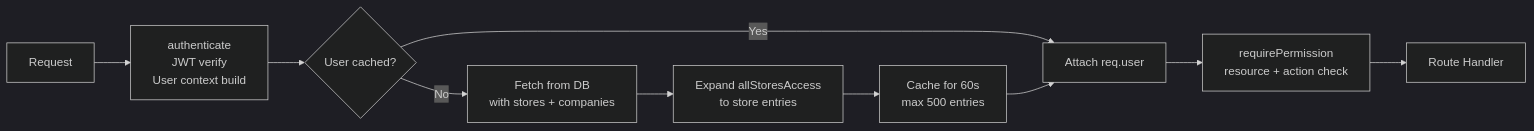
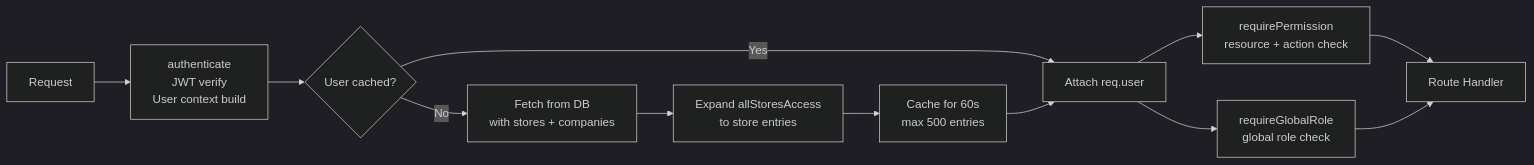
Before and after one commit to AvivElectis/electisSpace: diagram 30 of 30 in docs/ARCHITECTURE_BOOK.md, drawn with Mermaid (dark theme). The commit also changed other lines of this file and 19 other files, not shown here.

First line of the commit message:
refactor: migrate server to structured appLogger, add requireGlobalRole middleware

````diff
--- a/docs/ARCHITECTURE_BOOK.md
+++ b/docs/ARCHITECTURE_BOOK.md
@@ -1281,12 +1323,14 @@
 ```mermaid
 graph LR
     REQ[Request] --> AUTH[authenticate<br/>JWT verify<br/>User context build]
     AUTH --> CACHE{User cached?}
     CACHE -->|Yes| ATTACH[Attach req.user]
     CACHE -->|No| DBFETCH[Fetch from DB<br/>with stores + companies]
     DBFETCH --> EXPAND[Expand allStoresAccess<br/>to store entries]
     EXPAND --> SETCACHE[Cache for 60s<br/>max 500 entries]
     SETCACHE --> ATTACH
     ATTACH --> PERM[requirePermission<br/>resource + action check]
+    ATTACH --> GLOBAL[requireGlobalRole<br/>global role check]
     PERM --> HANDLER[Route Handler]
+    GLOBAL --> HANDLER
 ```
````
